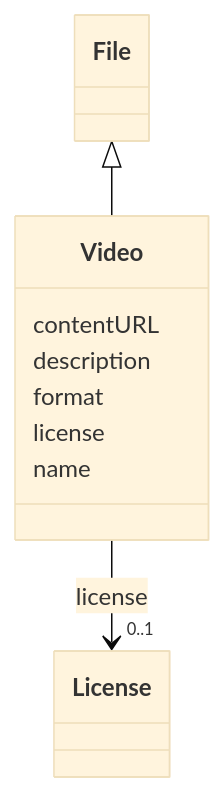
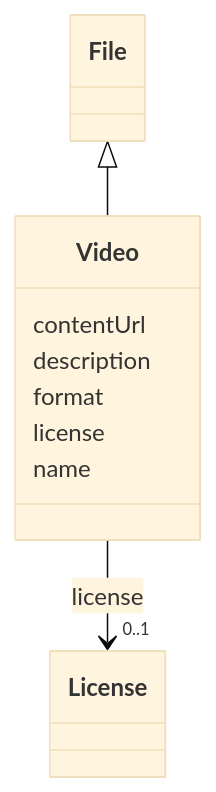
One commit to EVORA-project/evora-ontology changed the diagram in models/docs/Video.md. Above: the diagram before and after it, drawn with Mermaid (base theme). The commit also changed other lines of this file and 650 other files, not shown here.

````diff
--- a/models/docs/Video.md
+++ b/models/docs/Video.md
@@ -19,26 +19,26 @@
 ```mermaid
  classDiagram
     class Video
     click Video href "../Video"
       File <|-- Video
         click File href "../File"
       
-      Video : contentURL
+      Video : contentUrl
         
       Video : description
         
       Video : format
         
       Video : license
         
           
     
     
     Video --> "0..1" License : license
     click License href "../License"
 
         
       Video : name
         
       
 ```
````
